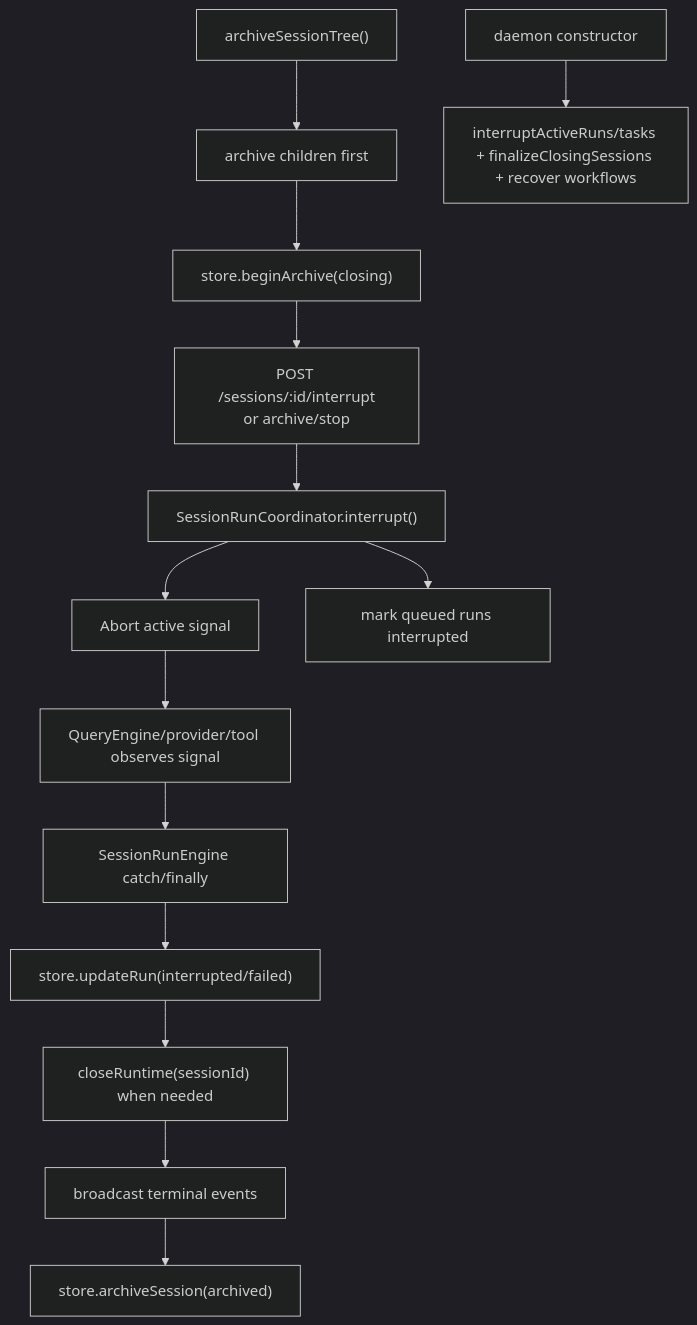
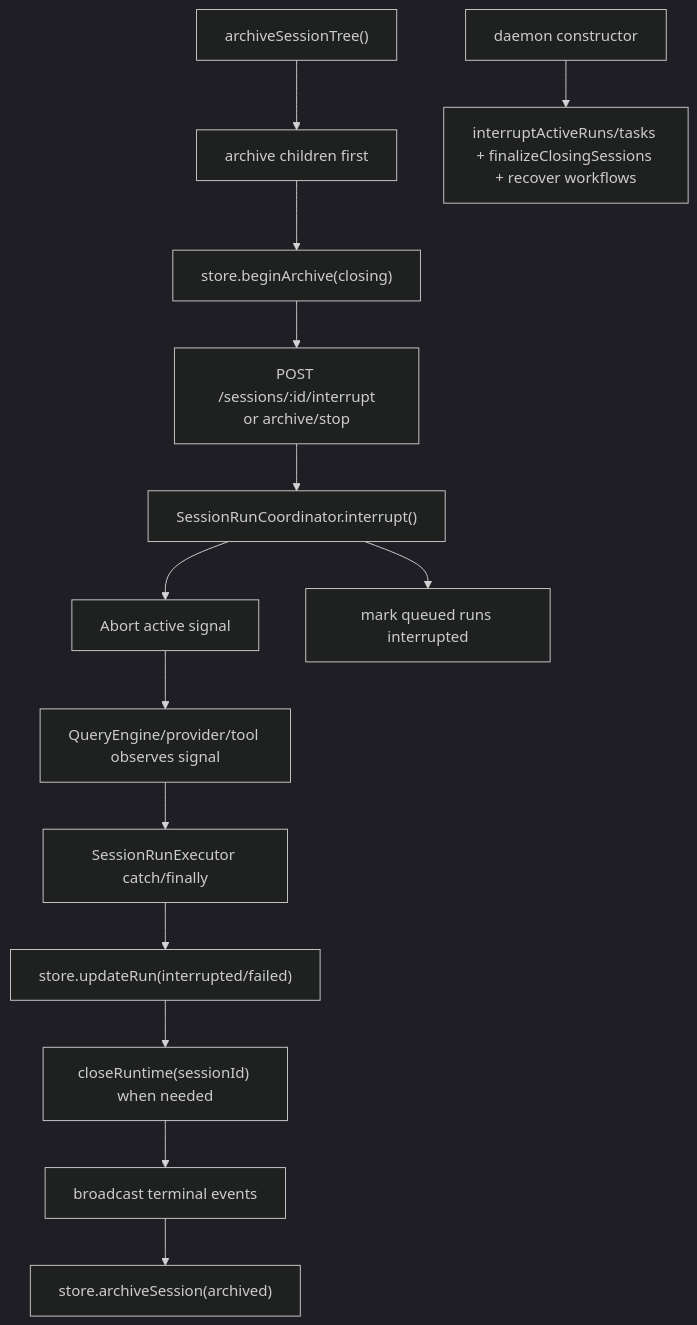
Diagram 15 of 16 in docs/daemon-runtime-flow-map.md (rzx007/openharness-ts), drawn with Mermaid (dark theme) before and after one commit. The commit also changed other lines of this file and 4 other files, not shown here.

Commit message:
docs: map daemon runtime flow

````diff
--- a/docs/daemon-runtime-flow-map.md
+++ b/docs/daemon-runtime-flow-map.md
@@ -384,18 +536,18 @@
 ```mermaid
 flowchart TD
   interrupt["POST /sessions/:id/interrupt<br/>or archive/stop"] --> coord["SessionRunCoordinator.interrupt()"]
   coord --> abort["Abort active signal"]
   coord --> queued["mark queued runs interrupted"]
   abort --> runtime["QueryEngine/provider/tool observes signal"]
-  runtime --> engineCatch["SessionRunEngine catch/finally"]
+  runtime --> engineCatch["SessionRunExecutor catch/finally"]
   engineCatch --> runState["store.updateRun(interrupted/failed)"]
   runState --> close["closeRuntime(sessionId) when needed"]
   close --> sse["broadcast terminal events"]
 
   archive["archiveSessionTree()"] --> children["archive children first"]
   children --> begin["store.beginArchive(closing)"]
   begin --> interrupt
   sse --> final["store.archiveSession(archived)"]
 
   restart["daemon constructor"] --> recover["interruptActiveRuns/tasks + finalizeClosingSessions + recover workflows"]
 ```
````
